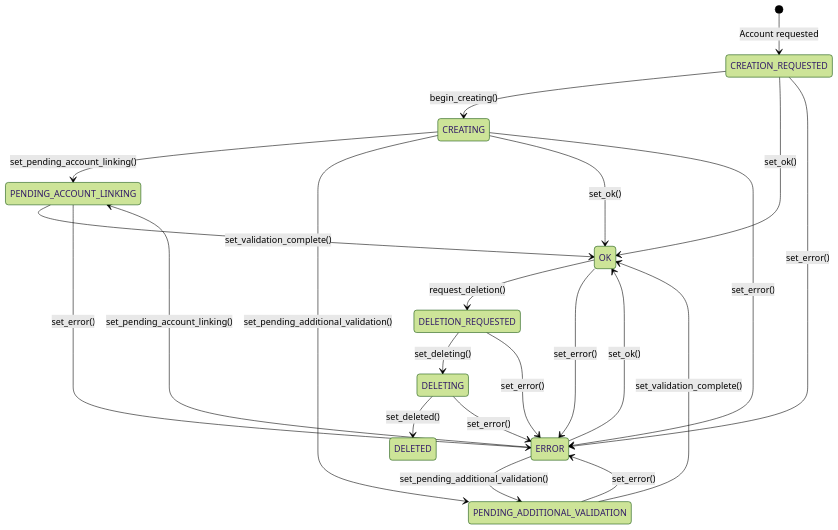
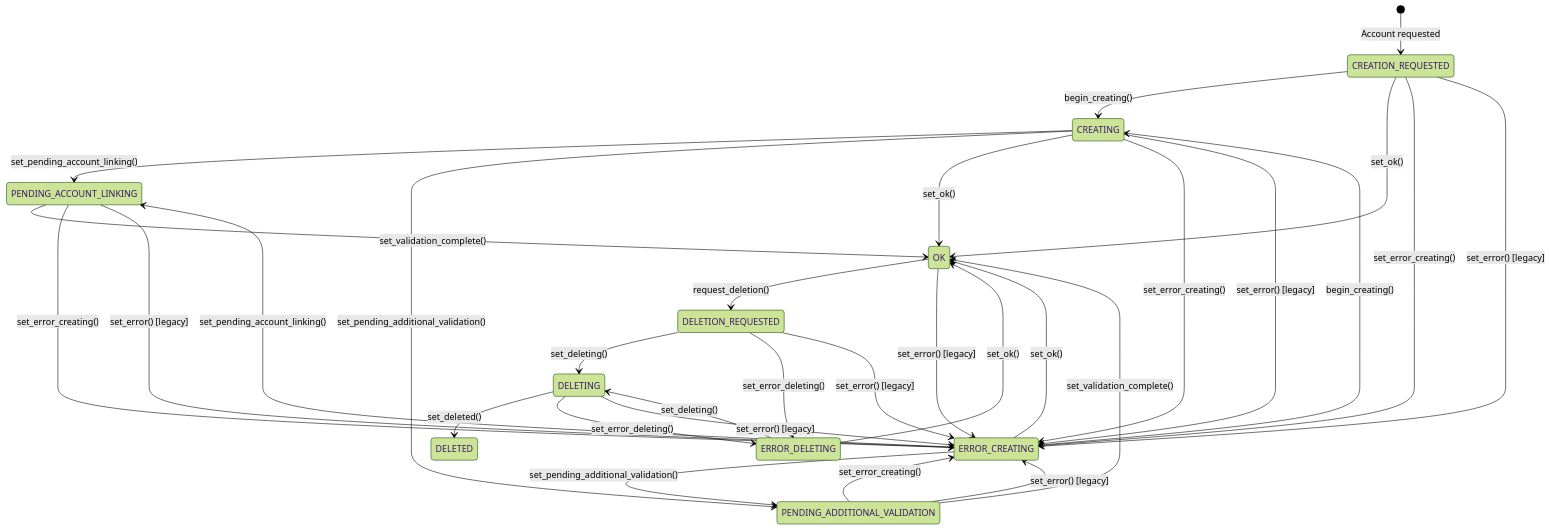
One commit to waldur/waldur-mastermind changed the diagram in docs/core-concepts/offering-users.md. Above: the diagram before and after it, drawn with Mermaid (forest theme). The commit also changed other lines of this file and 6 other files, not shown here.

````diff
--- a/docs/core-concepts/offering-users.md
+++ b/docs/core-concepts/offering-users.md
@@ -23,31 +24,47 @@
 ```mermaid
 stateDiagram-v2
     [*] --> CREATION_REQUESTED : Account requested
 
     CREATION_REQUESTED --> CREATING : begin_creating()
     CREATION_REQUESTED --> OK : set_ok()
 
     CREATING --> PENDING_ACCOUNT_LINKING : set_pending_account_linking()
     CREATING --> PENDING_ADDITIONAL_VALIDATION : set_pending_additional_validation()
     CREATING --> OK : set_ok()
 
     PENDING_ACCOUNT_LINKING --> OK : set_validation_complete()
     PENDING_ADDITIONAL_VALIDATION --> OK : set_validation_complete()
 
     OK --> DELETION_REQUESTED : request_deletion()
 
     DELETION_REQUESTED --> DELETING : set_deleting()
     DELETING --> DELETED : set_deleted()
 
-    CREATION_REQUESTED --> ERROR : set_error()
-    CREATING --> ERROR : set_error()
-    PENDING_ACCOUNT_LINKING --> ERROR : set_error()
-    PENDING_ADDITIONAL_VALIDATION --> ERROR : set_error()
-    OK --> ERROR : set_error()
-    DELETION_REQUESTED --> ERROR : set_error()
-    DELETING --> ERROR : set_error()
+    %% Error state transitions during creation flow
+    CREATION_REQUESTED --> ERROR_CREATING : set_error_creating()
+    CREATING --> ERROR_CREATING : set_error_creating()
+    PENDING_ACCOUNT_LINKING --> ERROR_CREATING : set_error_creating()
+    PENDING_ADDITIONAL_VALIDATION --> ERROR_CREATING : set_error_creating()
 
-    ERROR --> OK : set_ok()
-    ERROR --> PENDING_ACCOUNT_LINKING : set_pending_account_linking()
-    ERROR --> PENDING_ADDITIONAL_VALIDATION : set_pending_additional_validation()
+    %% Error state transitions during deletion flow
+    DELETION_REQUESTED --> ERROR_DELETING : set_error_deleting()
+    DELETING --> ERROR_DELETING : set_error_deleting()
+
+    %% Recovery from error states
+    ERROR_CREATING --> CREATING : begin_creating()
+    ERROR_CREATING --> OK : set_ok()
+    ERROR_CREATING --> PENDING_ACCOUNT_LINKING : set_pending_account_linking()
+    ERROR_CREATING --> PENDING_ADDITIONAL_VALIDATION : set_pending_additional_validation()
+
+    ERROR_DELETING --> DELETING : set_deleting()
+    ERROR_DELETING --> OK : set_ok()
+
+    %% Legacy error transitions (backward compatibility)
+    CREATION_REQUESTED --> ERROR_CREATING : set_error() [legacy]
+    CREATING --> ERROR_CREATING : set_error() [legacy]
+    PENDING_ACCOUNT_LINKING --> ERROR_CREATING : set_error() [legacy]
+    PENDING_ADDITIONAL_VALIDATION --> ERROR_CREATING : set_error() [legacy]
+    OK --> ERROR_CREATING : set_error() [legacy]
+    DELETION_REQUESTED --> ERROR_CREATING : set_error() [legacy]
+    DELETING --> ERROR_CREATING : set_error() [legacy]
 ```
````
